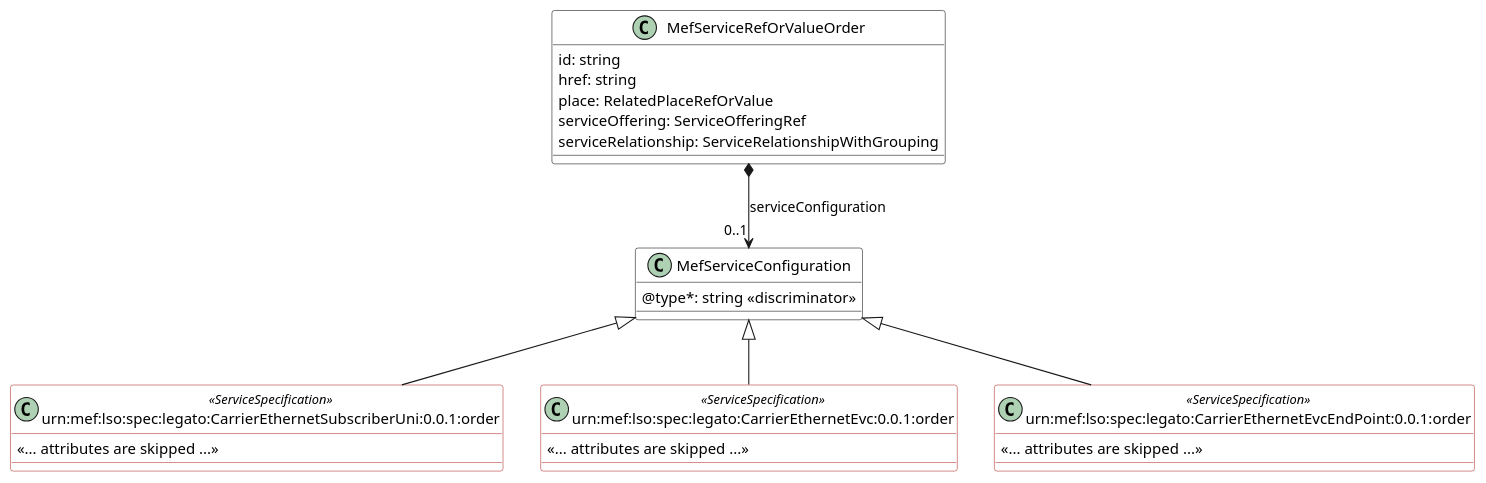
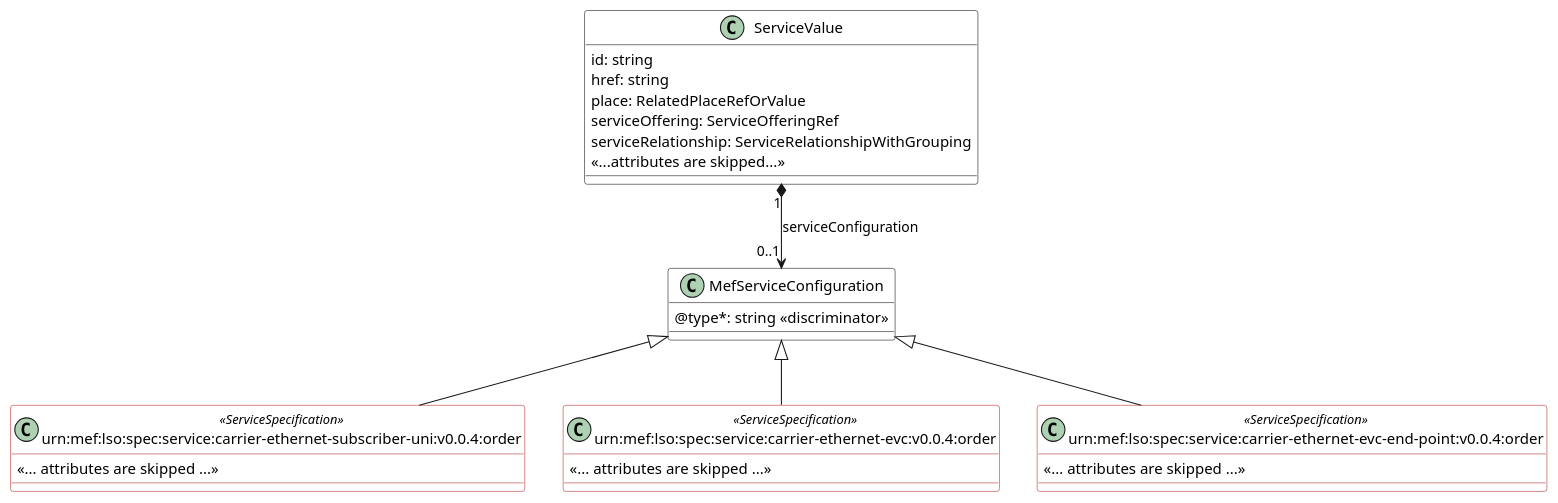
One commit to MEF-GIT/MEF-LSO-Legato-SDK changed the diagram in serviceSchema/carrierEthernet/uml/extensionPatternSubscriberEthernet.puml. Above: the diagram before and after it, drawn with PlantUML. The commit also changed 712 other files, not shown here.

```diff
--- a/serviceSchema/carrierEthernet/uml/extensionPatternSubscriberEthernet.puml
+++ b/serviceSchema/carrierEthernet/uml/extensionPatternSubscriberEthernet.puml
@@ -1,47 +1,46 @@
 @startuml
 skinparam {
     ClassBackgroundColor White
     ClassBorderColor Black
     ClassBorderColor<<ServiceSpecification>> FireBrick
 }
 set namespaceSeparator none
 
-class MefServiceRefOrValueOrder{
-
+class ServiceValue{
     id: string 
     href: string 
     place: RelatedPlaceRefOrValue
     serviceOffering: ServiceOfferingRef
     serviceRelationship: ServiceRelationshipWithGrouping
-   
+    <<...attributes are skipped...>>
 }
 
 
 class MefServiceConfiguration {
     @type*: string <<discriminator>>
 }
 
 
-MefServiceRefOrValueOrder *-->"0..1" MefServiceConfiguration : serviceConfiguration
+ServiceValue "1"*-->"0..1" MefServiceConfiguration : serviceConfiguration
 
-class urn:mef:lso:spec:legato:CarrierEthernetSubscriberUni:0.0.1:order <<ServiceSpecification>> {
+class urn:mef:lso:spec:service:carrier-ethernet-subscriber-uni:v0.0.4:order <<ServiceSpecification>> {
 
     <<... attributes are skipped ...>>
 }
-MefServiceConfiguration <|-- "urn:mef:lso:spec:legato:CarrierEthernetSubscriberUni:0.0.1:order"
+MefServiceConfiguration <|-- "urn:mef:lso:spec:service:carrier-ethernet-subscriber-uni:v0.0.4:order"
 
 
 
-class urn:mef:lso:spec:legato:CarrierEthernetEvc:0.0.1:order <<ServiceSpecification>> {
+class urn:mef:lso:spec:service:carrier-ethernet-evc:v0.0.4:order <<ServiceSpecification>> {
 
     <<... attributes are skipped ...>>
 }
-MefServiceConfiguration <|-- "urn:mef:lso:spec:legato:CarrierEthernetEvc:0.0.1:order"
+MefServiceConfiguration <|-- "urn:mef:lso:spec:service:carrier-ethernet-evc:v0.0.4:order"
 
-class urn:mef:lso:spec:legato:CarrierEthernetEvcEndPoint:0.0.1:order <<ServiceSpecification>> {
+class urn:mef:lso:spec:service:carrier-ethernet-evc-end-point:v0.0.4:order <<ServiceSpecification>> {
 
     <<... attributes are skipped ...>>
 }
-MefServiceConfiguration <|-- "urn:mef:lso:spec:legato:CarrierEthernetEvcEndPoint:0.0.1:order"
+MefServiceConfiguration <|-- "urn:mef:lso:spec:service:carrier-ethernet-evc-end-point:v0.0.4:order"
 
 @enduml
```
